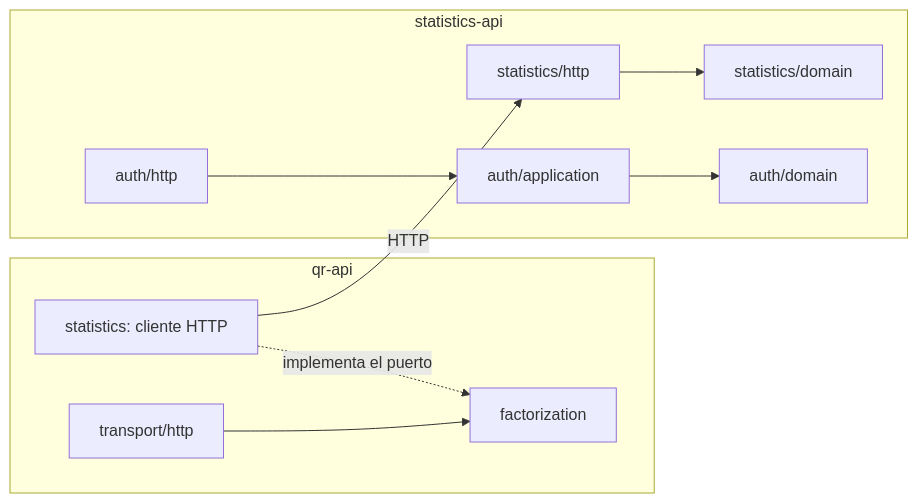
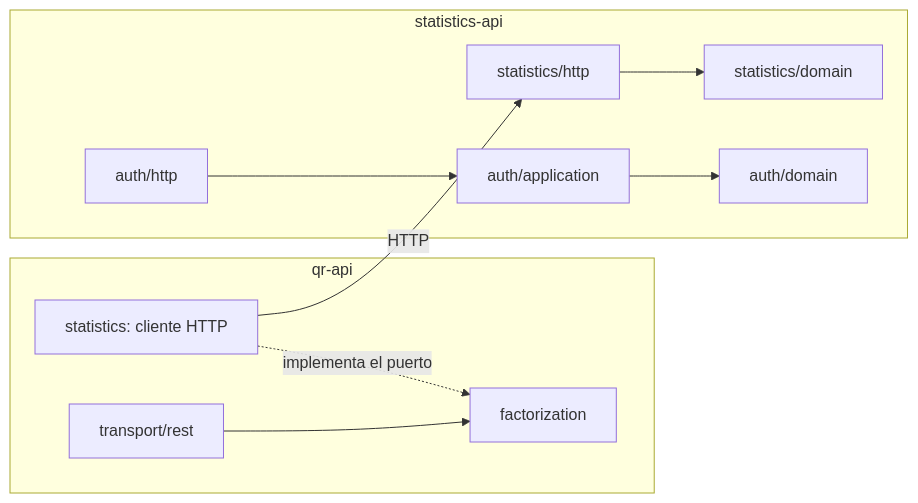
One commit to RicardoYone/interseguros-challenge changed the second of 2 diagrams in docs/architecture.md. Above: the diagram before and after it, drawn with Mermaid. The commit also changed 13 other files, not shown here.

````diff
--- a/docs/architecture.md
+++ b/docs/architecture.md
@@ -72,12 +72,12 @@
 ```mermaid
 flowchart LR
     subgraph Go[qr-api]
-        H[transport/http] --> F[factorization]
+        H[transport/rest] --> F[factorization]
         S[statistics: cliente HTTP] -. implementa el puerto .-> F
     end
     subgraph Node[statistics-api]
         R1[statistics/http] --> D1[statistics/domain]
         R2[auth/http] --> A2[auth/application] --> D2[auth/domain]
     end
     S -->|HTTP| R1
 ```
````
